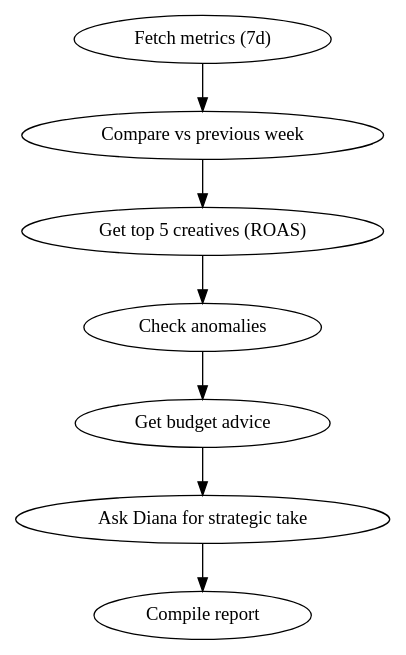
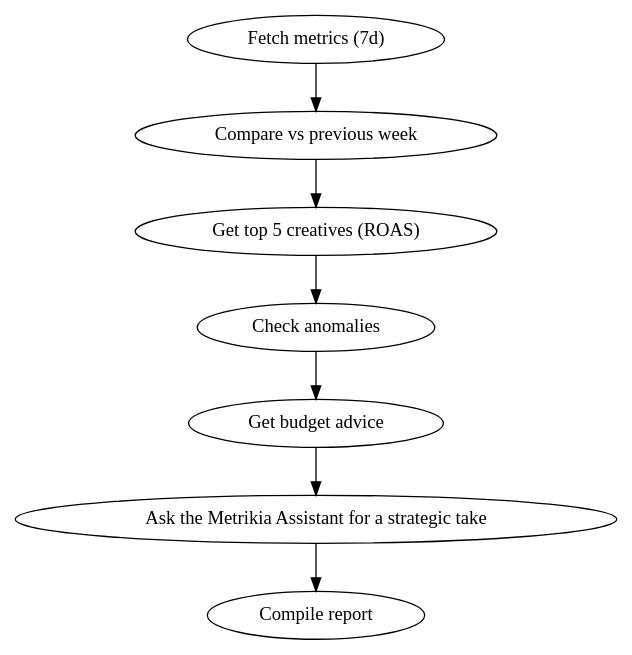
One commit to metrikia-io/metrikia-claude-plugin changed the diagram in skills/weekly-report/SKILL.md. Above: the diagram before and after it, drawn with Graphviz. The commit also changed other lines of this file and 17 other files, not shown here.

First line of the commit message:
feat(skills): call ask_assistant and speak of roles only

````diff
--- a/skills/weekly-report/SKILL.md
+++ b/skills/weekly-report/SKILL.md
@@ -54,11 +54,11 @@
 ```dot
 digraph weekly_report {
     rankdir=TB;
     "Fetch metrics (7d)" -> "Compare vs previous week";
     "Compare vs previous week" -> "Get top 5 creatives (ROAS)";
     "Get top 5 creatives (ROAS)" -> "Check anomalies";
     "Check anomalies" -> "Get budget advice";
-    "Get budget advice" -> "Ask Diana for strategic take";
-    "Ask Diana for strategic take" -> "Compile report";
+    "Get budget advice" -> "Ask the Metrikia Assistant for a strategic take";
+    "Ask the Metrikia Assistant for a strategic take" -> "Compile report";
 }
 ```
````
